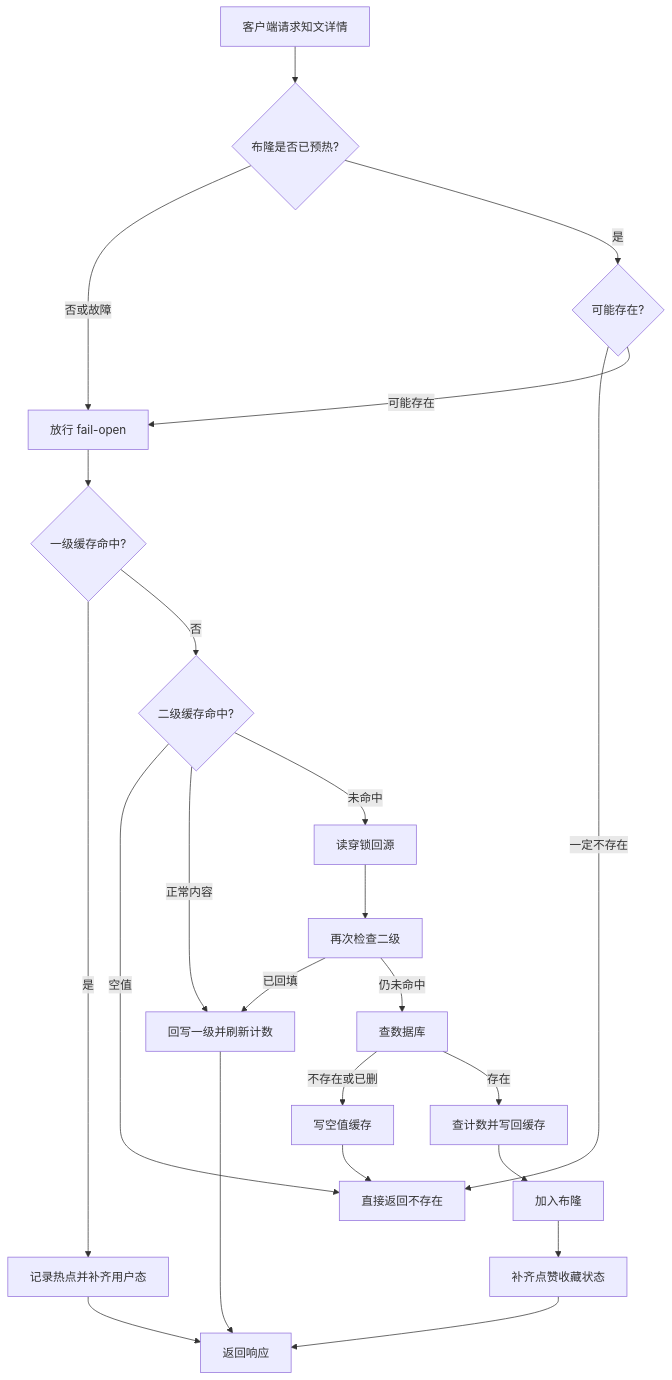
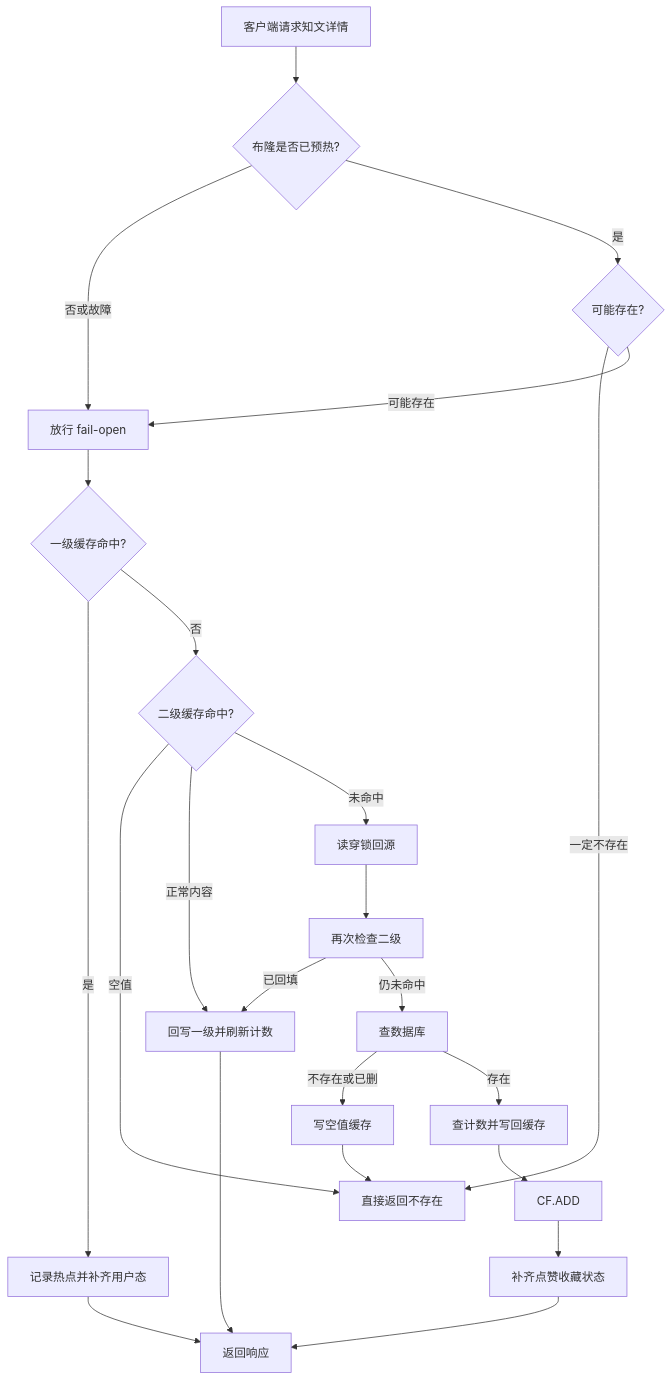
The first of 9 diagrams in docs/modules/04-知文内容缓存与Feed模块.md (bitladykiller/zhiguang_go), drawn with Mermaid before and after one commit. The commit also changed other lines of this file and 12 other files, not shown here.

````diff
--- a/docs/modules/04-知文内容缓存与Feed模块.md
+++ b/docs/modules/04-知文内容缓存与Feed模块.md
@@ -509,25 +519,25 @@
 ```mermaid
 flowchart TD
     A[客户端请求知文详情] --> B{布隆是否已预热?}
     B -->|否或故障| C[放行 fail-open]
     B -->|是| D{可能存在?}
     D -->|一定不存在| E[直接返回不存在]
     D -->|可能存在| C
     C --> F{一级缓存命中?}
     F -->|是| G[记录热点并补齐用户态]
     F -->|否| H{二级缓存命中?}
     H -->|空值| E
     H -->|正常内容| I[回写一级并刷新计数]
     H -->|未命中| J[读穿锁回源]
     J --> K[再次检查二级]
     K -->|已回填| I
     K -->|仍未命中| L[查数据库]
     L -->|不存在或已删| M[写空值缓存]
     M --> E
     L -->|存在| N[查计数并写回缓存]
-    N --> O[加入布隆]
+    N --> O[CF.ADD]
     O --> P[补齐点赞收藏状态]
     G --> Q[返回响应]
     I --> Q
     P --> Q
 ```
````
